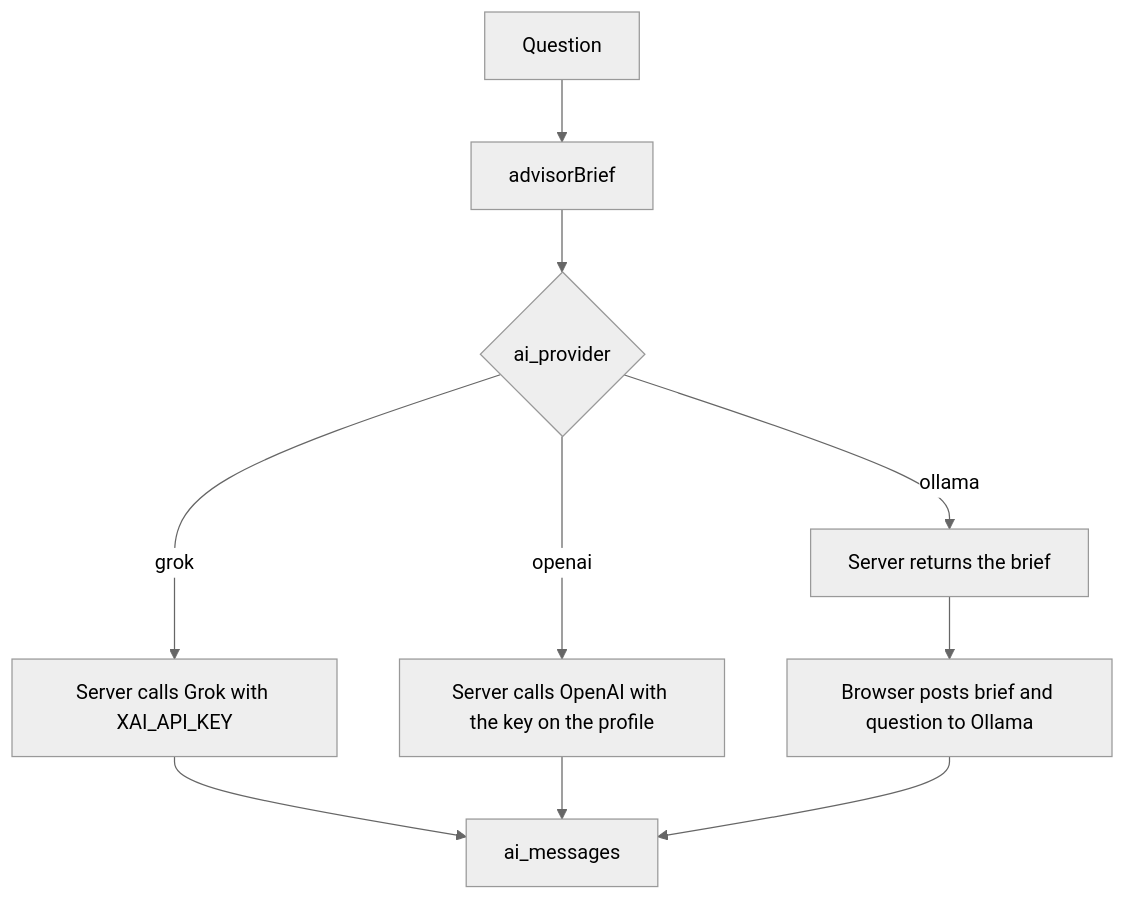
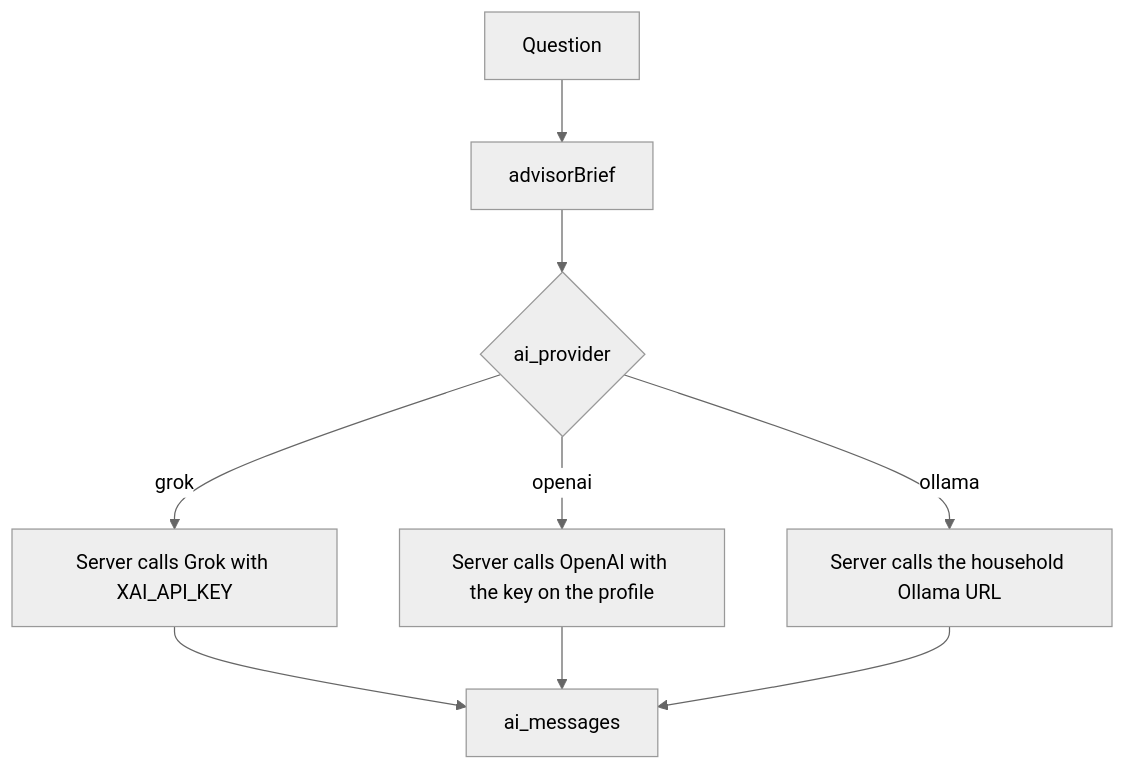
One commit to davisjw/HoneyJar changed the seventh of 9 diagrams in docs/architecture.md. Above: the diagram before and after it, drawn with Mermaid (neutral theme). The commit also changed other lines of this file and 2 other files, not shown here.

First line of the commit message:
Correct feature, plan, and Ollama docs to match the code.

````diff
--- a/docs/architecture.md
+++ b/docs/architecture.md
@@ -275,16 +277,15 @@
 ```mermaid
 flowchart TD
   Ask[Question]
   Brief[advisorBrief]
   Which{ai_provider}
   Grok[Server calls Grok with XAI_API_KEY]
   OpenAI[Server calls OpenAI with the key on the profile]
-  Local[Server returns the brief]
-  Browser[Browser posts brief and question to Ollama]
+  Ollama[Server calls the household Ollama URL]
   Log[ai_messages]
 
   Ask --> Brief --> Which
   Which -->|grok| Grok --> Log
   Which -->|openai| OpenAI --> Log
-  Which -->|ollama| Local --> Browser --> Log
+  Which -->|ollama| Ollama --> Log
 ```
````
